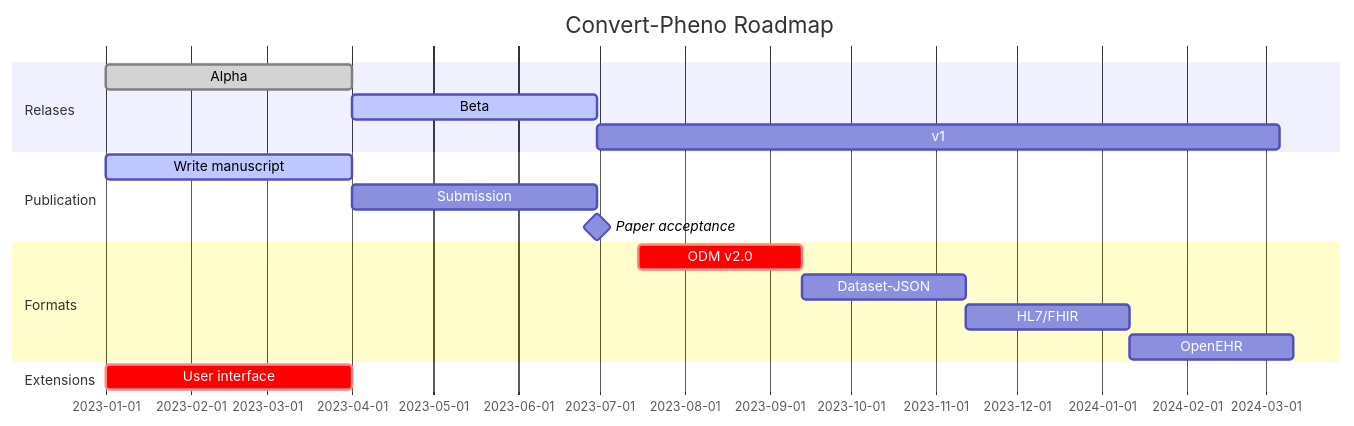
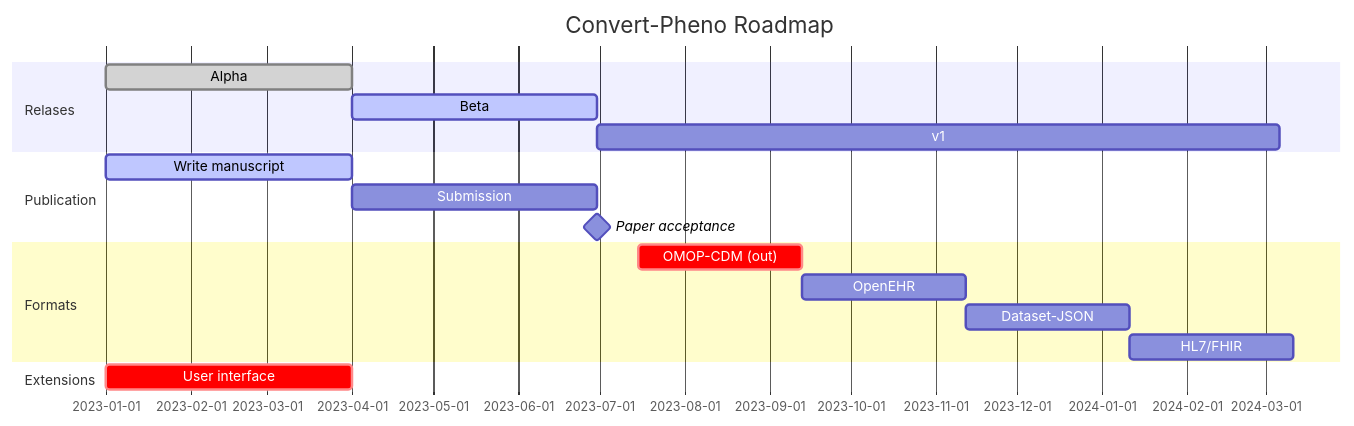
One commit to CNAG-Biomedical-Informatics/convert-pheno changed the diagram in docs/future-plans.md. Above: the diagram before and after it, drawn with Mermaid. The commit also changed 3 other files, not shown here.

````diff
--- a/docs/future-plans.md
+++ b/docs/future-plans.md
@@ -1,24 +1,24 @@
 ```mermaid
   gantt
     title Convert-Pheno Roadmap
     dateFormat  YYYY-MM-DD
 
     section Relases
     Alpha                     :done,      r1, 2023-01-01, 90d
     Beta                      :active,    r2, after r1, 90d
     v1                        :           r3, after r2, 250d
 
     section Publication
     Write manuscript          :active,     m1, 2023-01-01, 90d
     Submission                :            m2, after m1, 90d
     Paper acceptance          :milestone, after m2, 0d
 
     section Formats
-    ODM v2.0        :crit, f1, 2023-07-15, 60d
-    Dataset-JSON    :      f2, after f1, 60d
-    HL7/FHIR        :      f3, after f2, 60d
-    OpenEHR         :      f4, after f3, 60d
+    OMOP-CDM (out)  :crit, f1, 2023-07-15, 60d
+    OpenEHR         :      f2, after f1, 60d
+    Dataset-JSON    :      f3, after f2, 60d
+    HL7/FHIR        :      f4, after f3, 60d
 
     section Extensions
     User interface  :crit, e1, 2023-01-01, 90d
 ```
````
